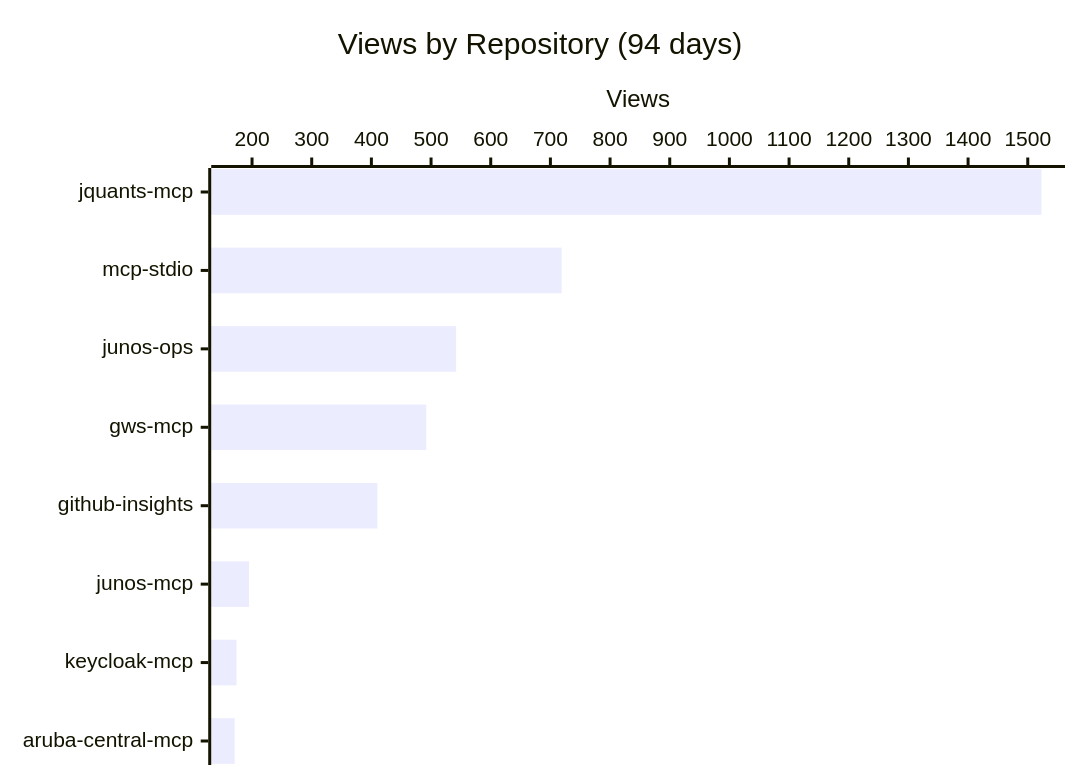
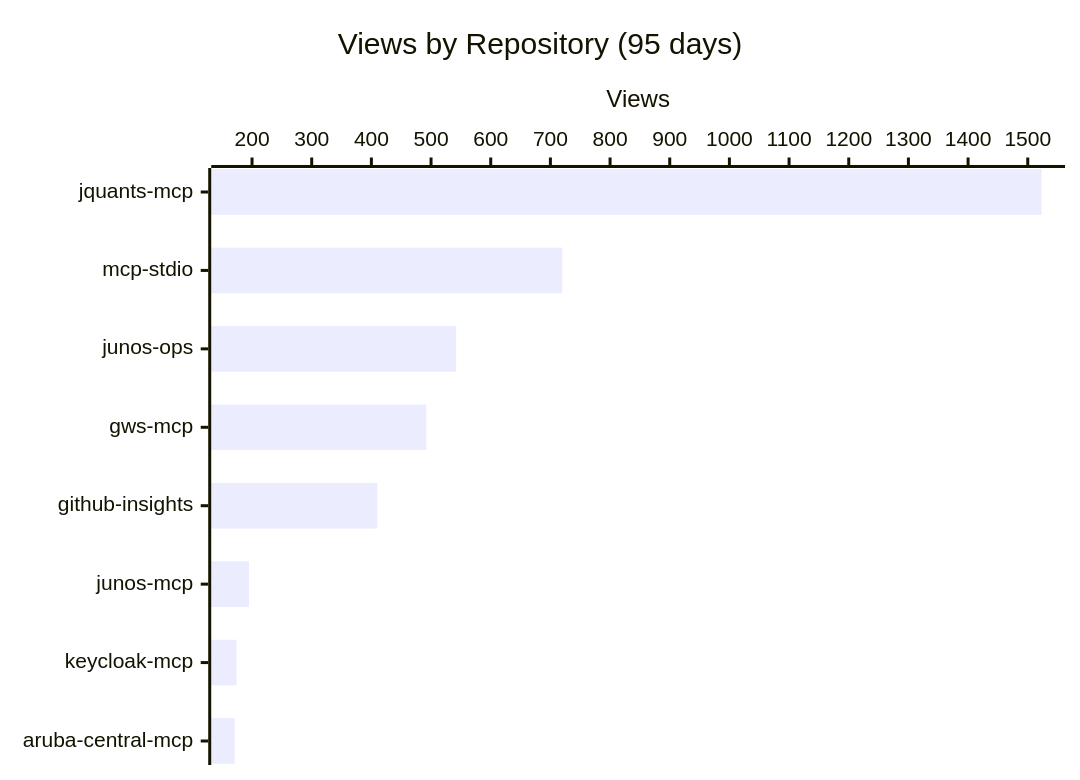
Before and after one commit to shigechika/github-insights: the first of 3 diagrams in README.md, drawn with Mermaid. The commit also changed other lines of this file and 2 other files, not shown here.

````diff
--- a/README.md
+++ b/README.md
@@ -18,7 +18,7 @@
 ```mermaid
 xychart-beta horizontal
-    title "Views by Repository (94 days)"
+    title "Views by Repository (95 days)"
     x-axis ["jquants-mcp", "mcp-stdio", "junos-ops", "gws-mcp", "github-insights", "junos-mcp", "keycloak-mcp", "aruba-central-mcp"]
     y-axis "Views"
-    bar [1523, 719, 542, 492, 410, 195, 174, 171]
+    bar [1523, 720, 542, 492, 410, 195, 174, 171]
 ```
````
